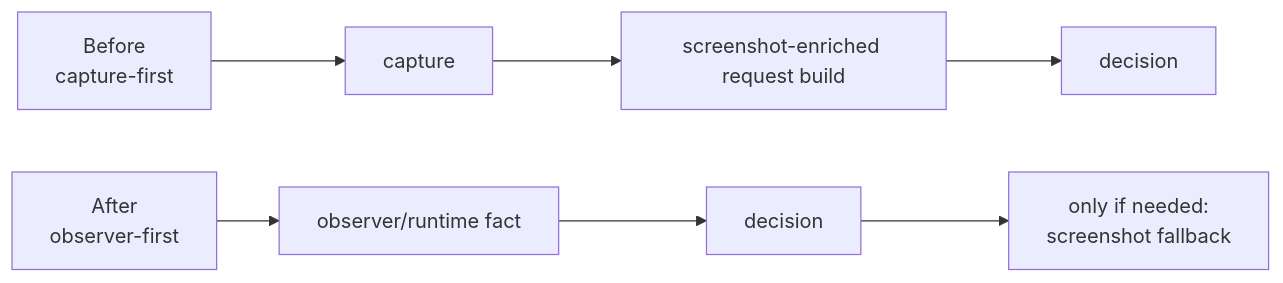
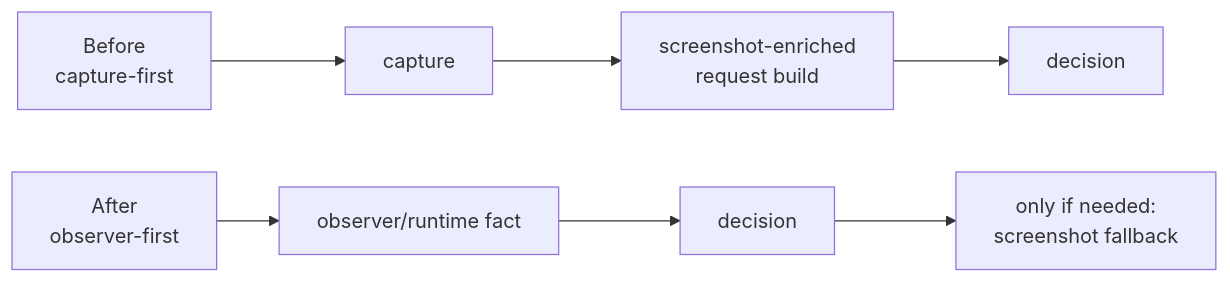
One commit to jidon333/STS2_Mod_AI_Companion changed the fourth of 4 diagrams in docs/reference/harness/GUI_SMOKE_HARNESS_REFACTOR_BEFORE_AFTER.md. Above: the diagram before and after it, drawn with Mermaid. The commit also changed other lines of this file and 4 other files, not shown here.

Commit message:
Improve Mermaid readability in harness docs

````diff
--- a/docs/reference/harness/GUI_SMOKE_HARNESS_REFACTOR_BEFORE_AFTER.md
+++ b/docs/reference/harness/GUI_SMOKE_HARNESS_REFACTOR_BEFORE_AFTER.md
@@ -202,10 +202,10 @@
 ```mermaid
 flowchart LR
     A["Before<br/>capture-first"] --> B["capture"]
-    B --> C["screenshot-enriched request build"]
+    B --> C["screenshot-enriched<br/>request build"]
     C --> D["decision"]
 
     E["After<br/>observer-first"] --> F["observer/runtime fact"]
     F --> G["decision"]
     G --> H["only if needed:<br/>screenshot fallback"]
 ```
````
